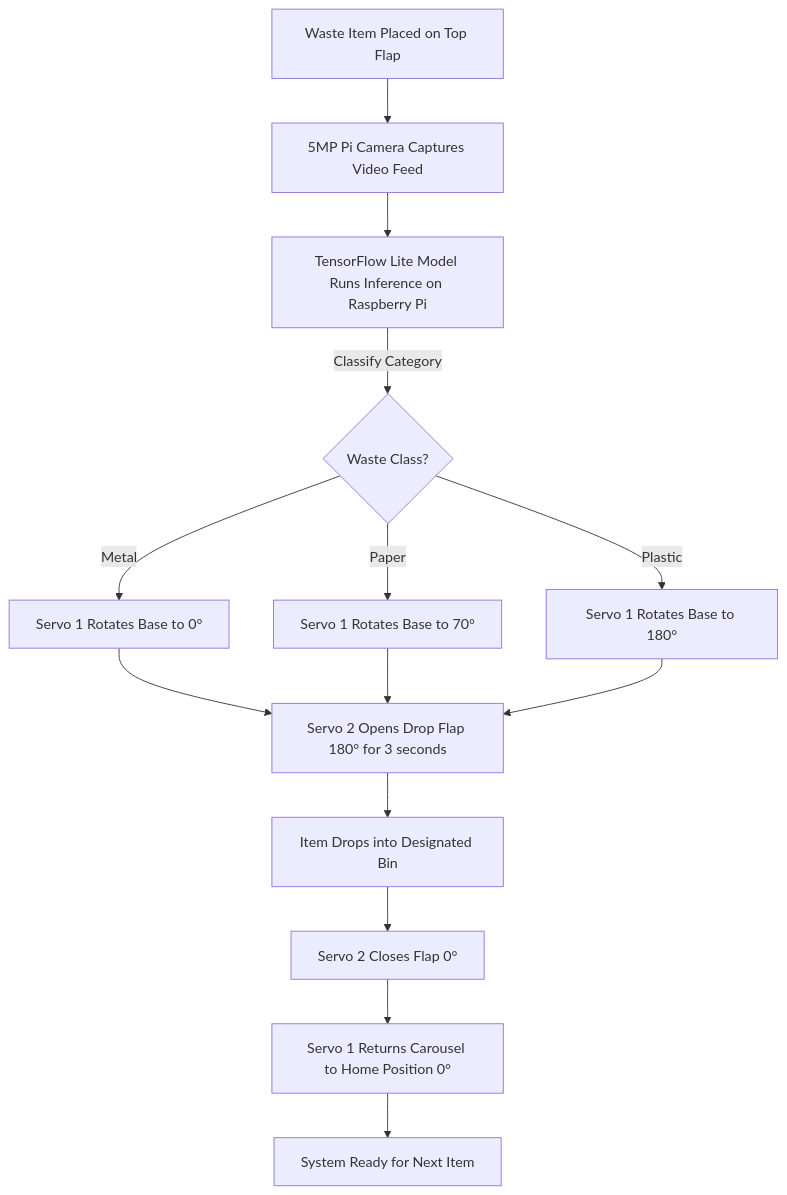
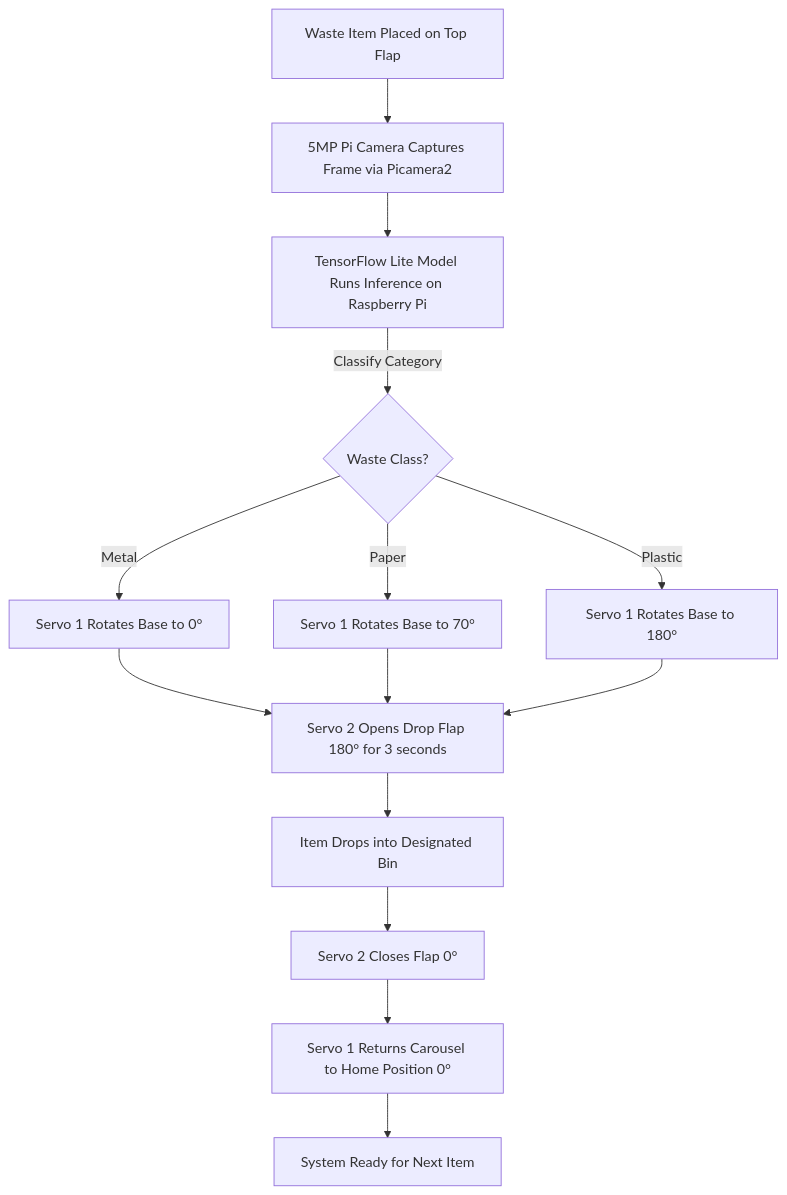
Before and after one commit to VishwajeethRao/AI-recycle-bin: the diagram in README.md, drawn with Mermaid. The commit also changed other lines of this file and 3 other files, not shown here.

````diff
--- a/README.md
+++ b/README.md
@@ -43,19 +43,19 @@
 ```mermaid
 flowchart TD
-    A[Waste Item Placed on Top Flap] --> B[5MP Pi Camera Captures Video Feed]
+    A[Waste Item Placed on Top Flap] --> B[5MP Pi Camera Captures Frame via Picamera2]
     B --> C[TensorFlow Lite Model Runs Inference on Raspberry Pi]
     C -->|Classify Category| D{Waste Class?}
     
     D -->|Metal| E1[Servo 1 Rotates Base to 0°]
     D -->|Paper| E2[Servo 1 Rotates Base to 70°]
     D -->|Plastic| E3[Servo 1 Rotates Base to 180°]
     
     E1 --> F[Servo 2 Opens Drop Flap 180° for 3 seconds]
     E2 --> F
     E3 --> F
     
     F --> G[Item Drops into Designated Bin]
     G --> H[Servo 2 Closes Flap 0°]
     H --> I[Servo 1 Returns Carousel to Home Position 0°]
     I --> J[System Ready for Next Item]
 ```
````
